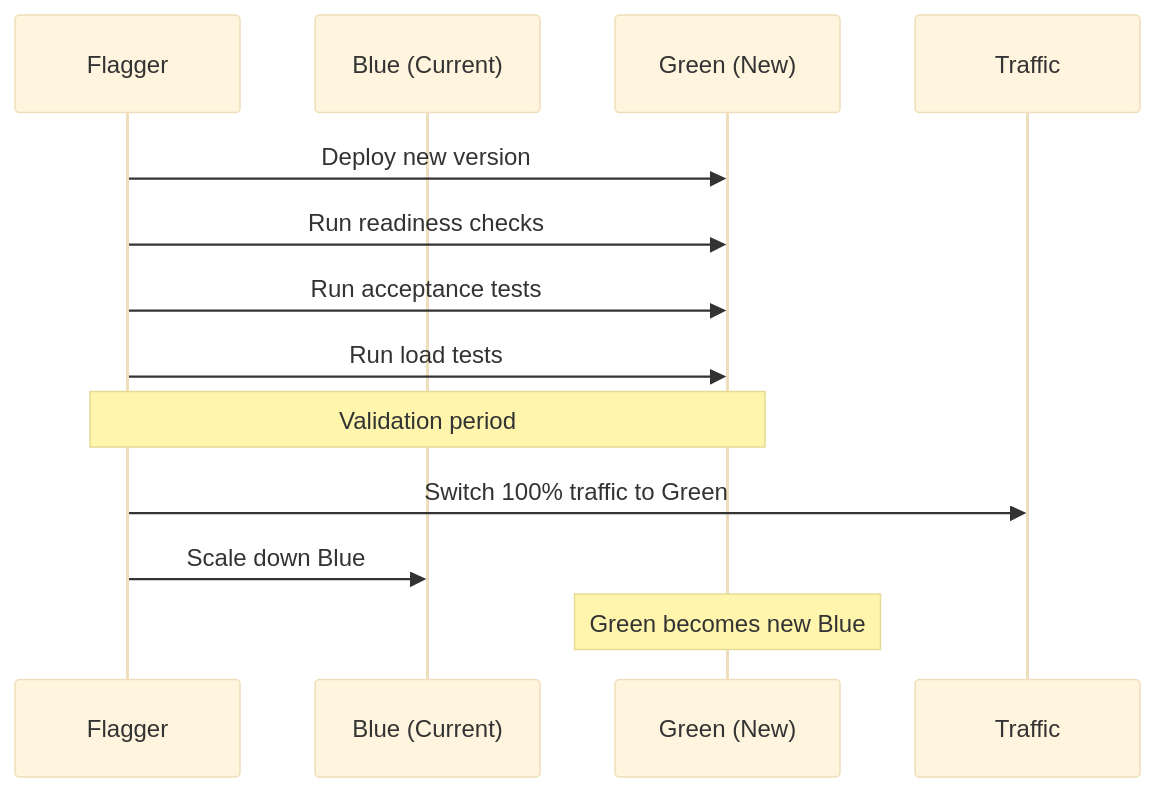
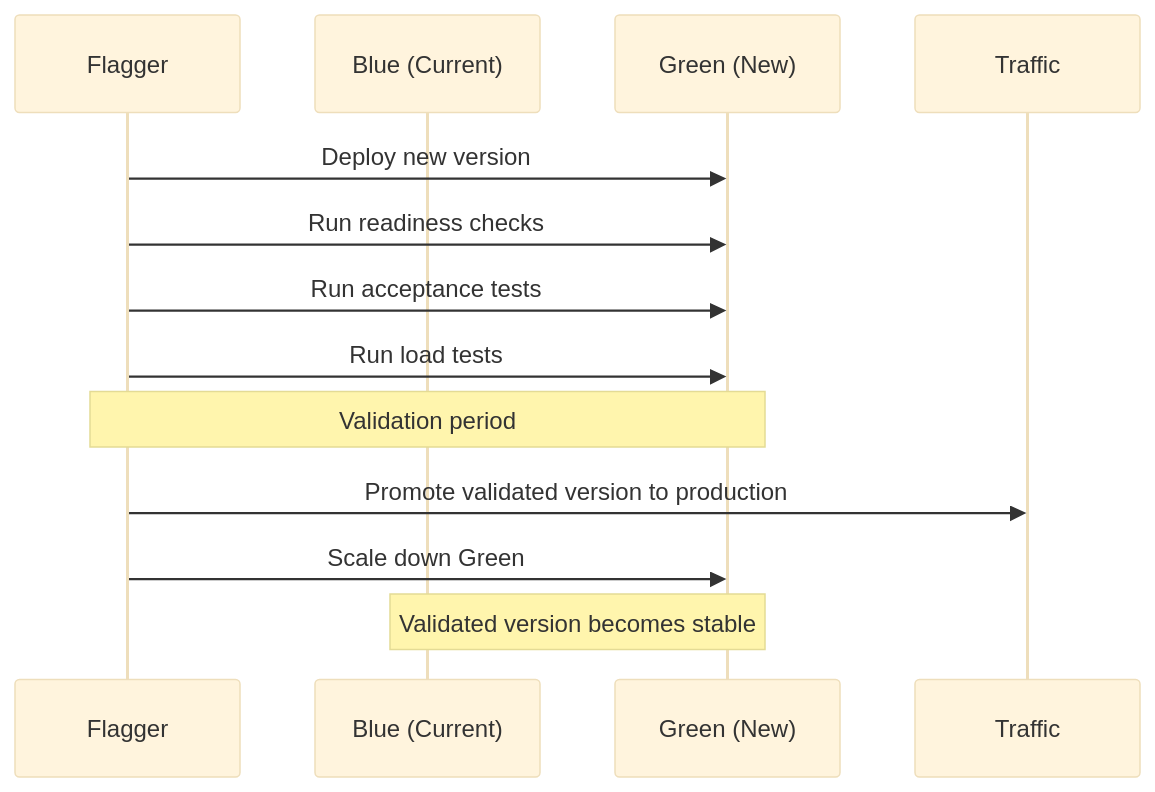
Before and after one commit to OneUptime/blog: the diagram in posts/2026-03-06-configure-blue-green-deployments-flagger-flux/README.md, drawn with Mermaid (base theme). The commit also changed other lines of this file and 2 other files, not shown here.

Commit message:
validate: 2026-03-06-configure-blue-green-deployments-flagger-flux

````diff
--- a/posts/2026-03-06-configure-blue-green-deployments-flagger-flux/README.md
+++ b/posts/2026-03-06-configure-blue-green-deployments-flagger-flux/README.md
@@ -27,16 +28,16 @@
 ```mermaid
 sequenceDiagram
     participant F as Flagger
     participant B as Blue (Current)
     participant G as Green (New)
     participant T as Traffic
 
     F->>G: Deploy new version
     F->>G: Run readiness checks
     F->>G: Run acceptance tests
     F->>G: Run load tests
     Note over F,G: Validation period
-    F->>T: Switch 100% traffic to Green
-    F->>B: Scale down Blue
-    Note over G: Green becomes new Blue
+    F->>T: Promote validated version to production
+    F->>G: Scale down Green
+    Note over B,G: Validated version becomes stable
 ```
````
